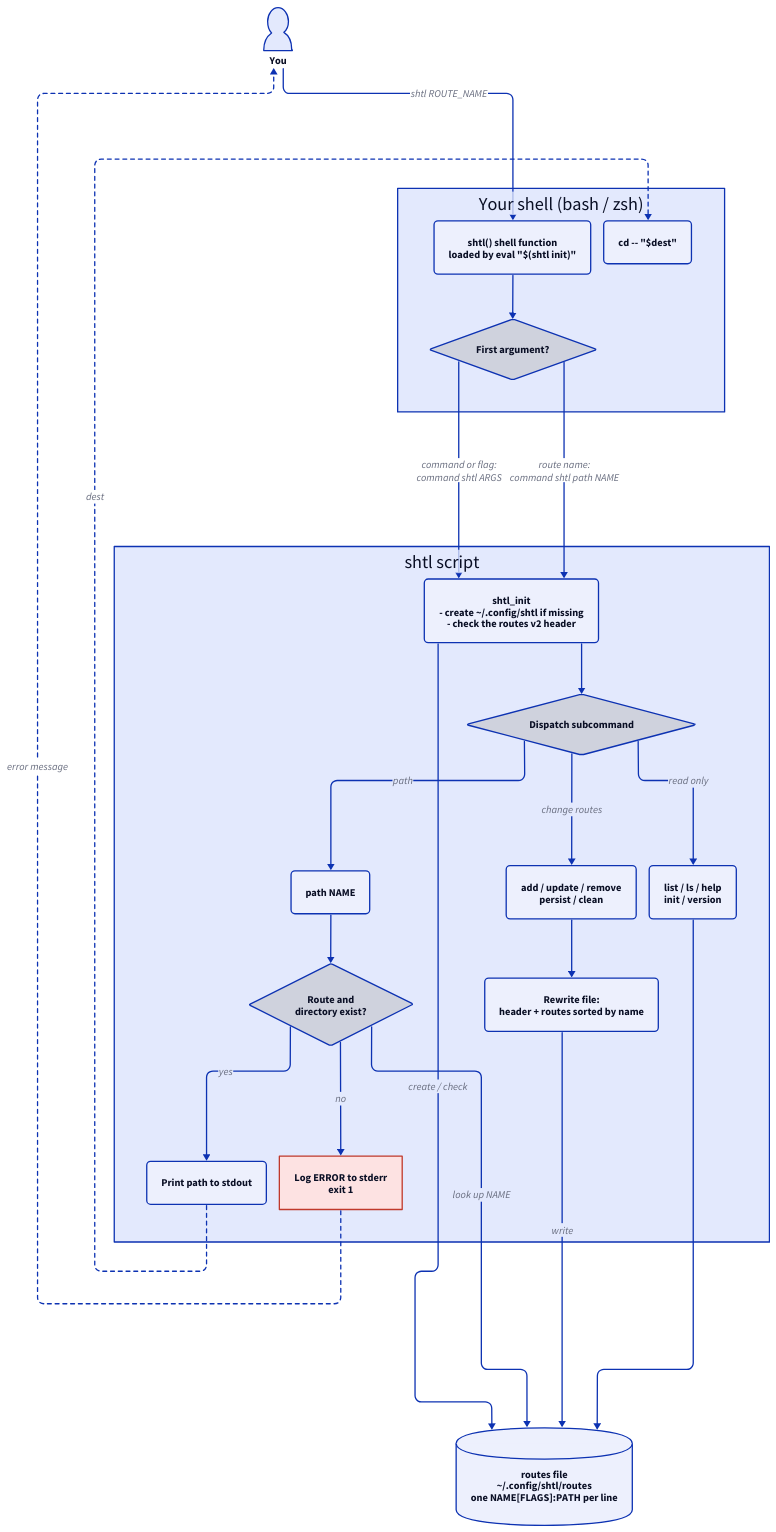
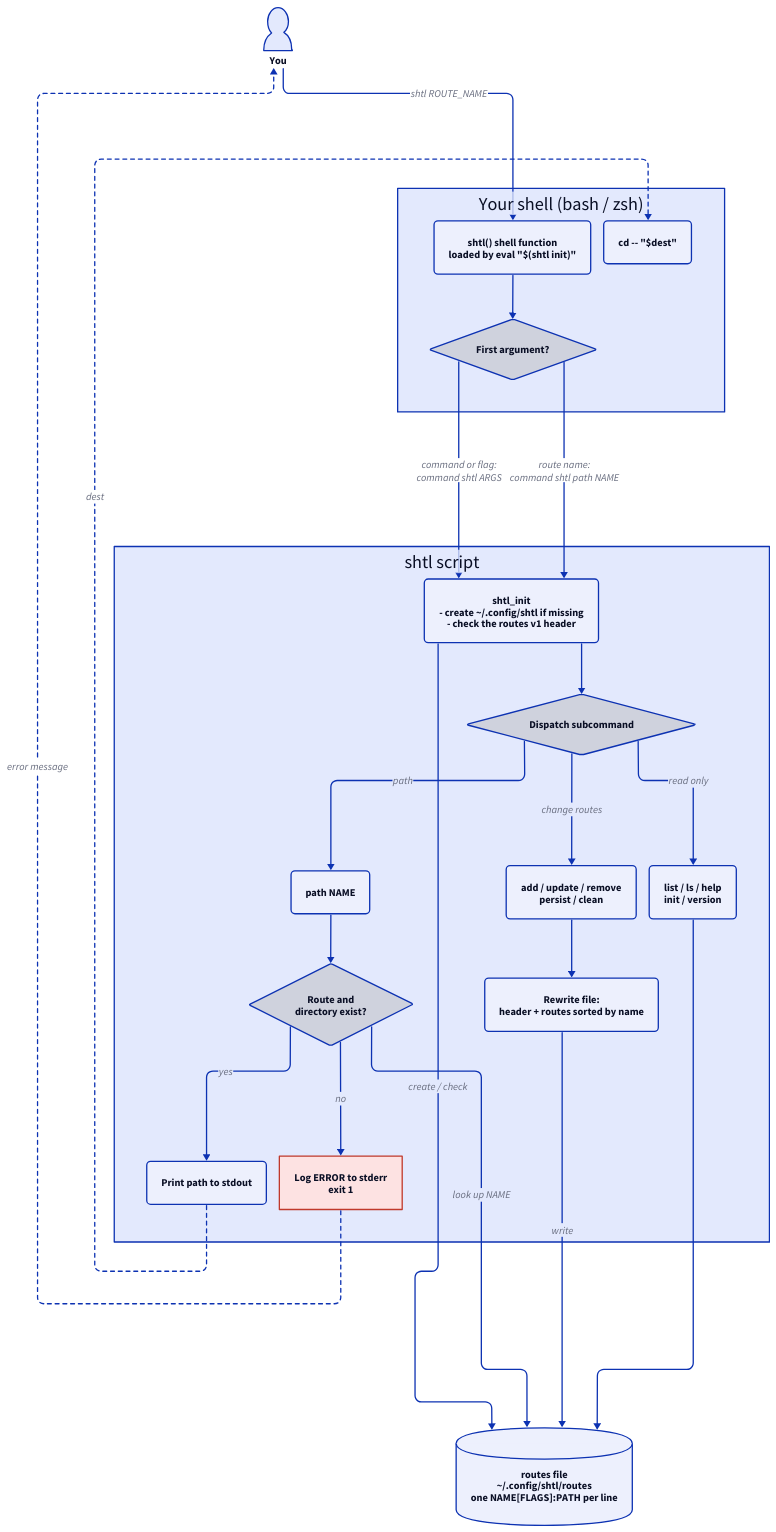
Before and after one commit to bitmvr-industries/shtl: the diagram in docs/pipeline.d2, drawn with D2. The commit also changed 6 other files, not shown here.

First line of the commit message:
Match the routes file format version to shtl's major version

```diff
--- a/docs/pipeline.d2
+++ b/docs/pipeline.d2
@@ -1,60 +1,60 @@
 # How shtl works: from `shtl ROUTE_NAME` to `cd`
 vars: {
   d2-config: {
     layout-engine: elk
   }
 }
 
 direction: down
 
 classes: {
   step: {style.border-radius: 6}
   decision: {shape: diamond}
   error: {style: {fill: "#fde2e2"; stroke: "#c0392b"}}
   data: {shape: cylinder}
 }
 
 user: You {shape: person}
 
 shell: Your shell (bash / zsh) {
   fn: "shtl() shell function\nloaded by eval \"\$(shtl init)\"" {class: step}
   kind: First argument? {class: decision}
   cd: "cd -- \"\$dest\"" {class: step}
   fn -> kind
 }
 
 script: shtl script {
-  init: "shtl_init\n- create ~/.config/shtl if missing\n- check the routes v2 header" {class: step}
+  init: "shtl_init\n- create ~/.config/shtl if missing\n- check the routes v1 header" {class: step}
   dispatch: Dispatch subcommand {class: decision}
 
   path: path NAME {class: step}
   exists: "Route and\ndirectory exist?" {class: decision}
   print: Print path to stdout {class: step}
   fail: "Log ERROR to stderr\nexit 1" {class: error}
 
   write: "add / update / remove\npersist / clean" {class: step}
   refresh: "Rewrite file:\nheader + routes sorted by name" {class: step}
   read: "list / ls / help\ninit / version" {class: step}
 
   init -> dispatch
   dispatch -> path: path
   dispatch -> write: change routes
   dispatch -> read: read only
   path -> exists
   exists -> print: yes
   exists -> fail: no
   write -> refresh
 }
 
 routes: "routes file\n~/.config/shtl/routes\none NAME[FLAGS]:PATH per line" {class: data}
 
 user -> shell.fn: shtl ROUTE_NAME
 shell.kind -> script.init: "command or flag:\ncommand shtl ARGS"
 shell.kind -> script.init: "route name:\ncommand shtl path NAME"
 script.print -> shell.cd: dest {style.stroke-dash: 3}
 script.fail -> user: error message {style.stroke-dash: 3}
 
 script.init -> routes: create / check
 script.exists -> routes: look up NAME
 script.refresh -> routes: write
 script.read -> routes
```
